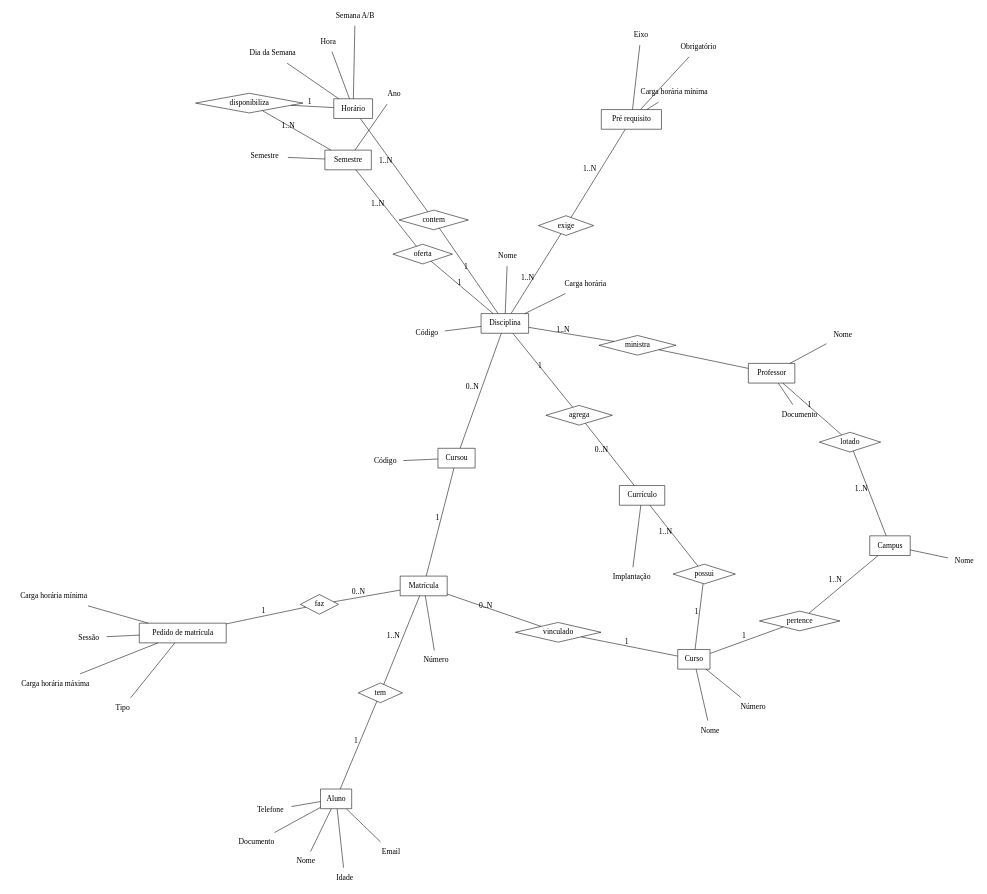
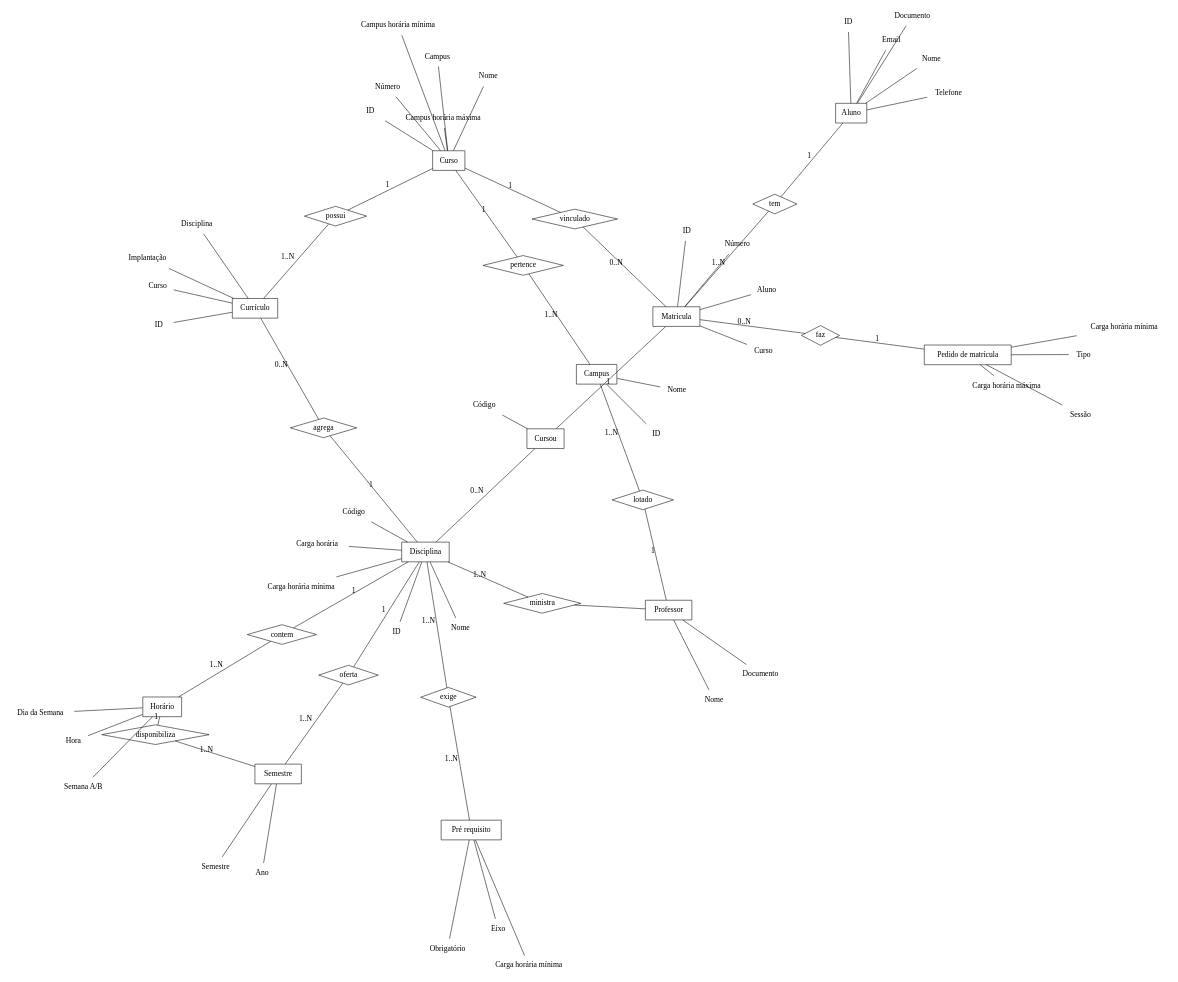
Before and after one commit to gustavomedeirosdasilva/IFSC: the diagram in diagramaER.dot, drawn with Graphviz.

```diff
--- a/diagramaER.dot
+++ b/diagramaER.dot
@@ -27,14 +27,17 @@
   CódigoCursou [shape=plaintext, label="Código"]
 
    // Aluno
-  Email [shape=plaintext]
-  Telefone [shape=plaintext]
-  Idade [shape=plaintext]
+  IDAluno [shape=plaintext, label="ID"]
   NomeALuno [shape=plaintext, label="Nome"]
   DocumentoAluno [shape=plaintext, label="Documento"]
+  Telefone [shape=plaintext]
+  Email [shape=plaintext]
 
    // Matrícula
-  NúmeroMatricula [shape=plaintext, label="Número"]
+  IDMatrícula [shape=plaintext, label="ID"]
+  NúmeroMatrícula [shape=plaintext, label="Número"]
+  AlunoMatrícula [shape=plaintext, label="Aluno"]
+  CursoMatrícula [shape=plaintext, label="Curso"]
 
    // Pedido De Matrícula
   Sessão [shape=plaintext]
@@ -52,16 +55,25 @@
   SemestreAt [shape=plaintext, label="Semestre"]
 
    // Disciplina
-  NomeDis [shape=plaintext, label="Nome"]
+  IDDisciplina [shape=plaintext, label="ID"]
   Código [shape=plaintext]
-  CH [shape=plaintext, label="Carga horária"]
+  NomeDisciplina [shape=plaintext, label="Nome"]
+  CHDisciplina [shape=plaintext, label="Carga horária"]
+  CHMinDisciplina [shape=plaintext, label="Carga horária mínima"]
 
    // Curso
+  IDCurso [shape=plaintext, label="ID"]
   NúmeroCurso [shape=plaintext, label="Número"]
+  CHMinCurso [shape=plaintext, label="Campus horária mínima"]
+  CHMaxCurso [shape=plaintext, label="Campus horária máxima"]
   NomeCurso [shape=plaintext, label="Nome"]
+  CampusCurso [shape=plaintext, label="Campus"]
 
    // Currículo
+  IDCurrículo [shape=plaintext, label="ID"]
+  CursoCurrículo [shape=plaintext, label="Curso"]
   Implantação [shape=plaintext]
+  DisciplinaCurrículo [shape=plaintext, label="Disciplina"]
 
    // Professor
   DocumentoPro [shape=plaintext, label="Documento"]
@@ -73,6 +85,7 @@
   CHmínimaPre [shape=plaintext, label="Carga horária mínima"]
 
    // Campus
+  IDCampus [shape=plaintext, label="ID"]
   NomeCampus [shape=plaintext, label="Nome"]
   
 
@@ -98,14 +111,18 @@
   Cursou -- CódigoCursou
 
    // Aluno e atributos
-  Aluno -- Email
-  Aluno -- Telefone
-  Aluno -- Idade
+  Aluno -- IDAluno
   Aluno -- NomeALuno
   Aluno -- DocumentoAluno
+  Aluno -- Telefone
+  Aluno -- Email
 
    // Matrícula e atributos
-  Matrícula -- NúmeroMatricula
+  Matrícula -- IDMatrícula
+  Matrícula -- NúmeroMatrícula
+  Matrícula -- AlunoMatrícula
+  Matrícula -- CursoMatrícula
+
 
    // Pedido De Matrícula e atributos
   PedidoMatrícula -- Sessão
@@ -123,16 +140,25 @@
   Semestre -- SemestreAt
 
    // Disciplina e atributos
-  Disciplina -- NomeDis
+  Disciplina -- IDDisciplina
   Disciplina -- Código
-  Disciplina -- CH
+  Disciplina -- NomeDisciplina
+  Disciplina -- CHDisciplina
+  Disciplina -- CHMinDisciplina
 
    // Curso e atributos
+  Curso -- IDCurso
   Curso -- NúmeroCurso
+  Curso -- CHMinCurso
+  Curso -- CHMaxCurso
   Curso -- NomeCurso
+  Curso -- CampusCurso
 
    // Currículo e atributos
+  Currículo -- IDCurrículo
+  Currículo -- CursoCurrículo
   Currículo -- Implantação
+  Currículo -- DisciplinaCurrículo
 
    // Professor
   Professor -- DocumentoPro
@@ -144,6 +170,7 @@
   PréRequisito -- CHmínimaPre
 
    // Campus
+  Campus -- IDCampus
   Campus -- NomeCampus
  
 
```
